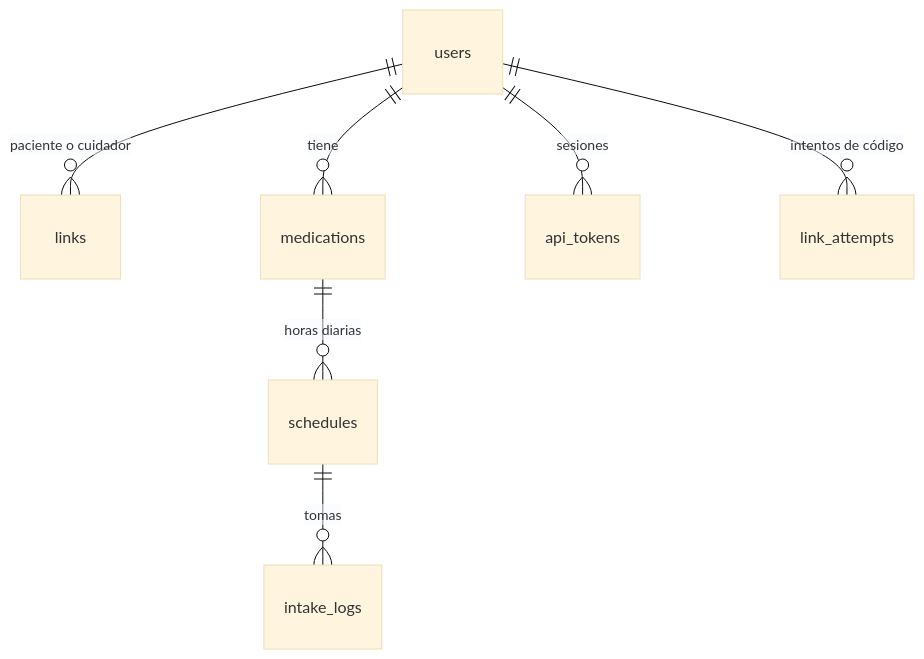
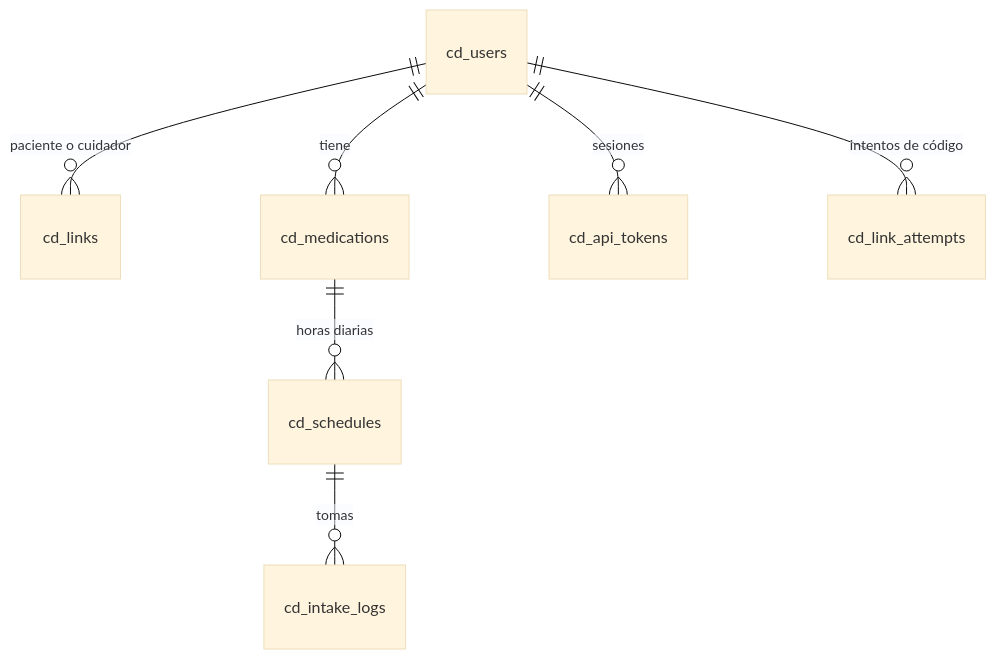
The second of 2 diagrams in README.md (AlfonsoRE/CuidaDosis), drawn with Mermaid (base theme) before and after one commit. The commit also changed other lines of this file and 27 other files, not shown here.

````diff
--- a/README.md
+++ b/README.md
@@ -125,9 +129,9 @@
 ```mermaid
 erDiagram
-    users ||--o{ links : "paciente o cuidador"
-    users ||--o{ medications : "tiene"
-    medications ||--o{ schedules : "horas diarias"
-    schedules ||--o{ intake_logs : "tomas"
-    users ||--o{ api_tokens : "sesiones"
-    users ||--o{ link_attempts : "intentos de código"
+    cd_users ||--o{ cd_links : "paciente o cuidador"
+    cd_users ||--o{ cd_medications : "tiene"
+    cd_medications ||--o{ cd_schedules : "horas diarias"
+    cd_schedules ||--o{ cd_intake_logs : "tomas"
+    cd_users ||--o{ cd_api_tokens : "sesiones"
+    cd_users ||--o{ cd_link_attempts : "intentos de código"
 ```
````
